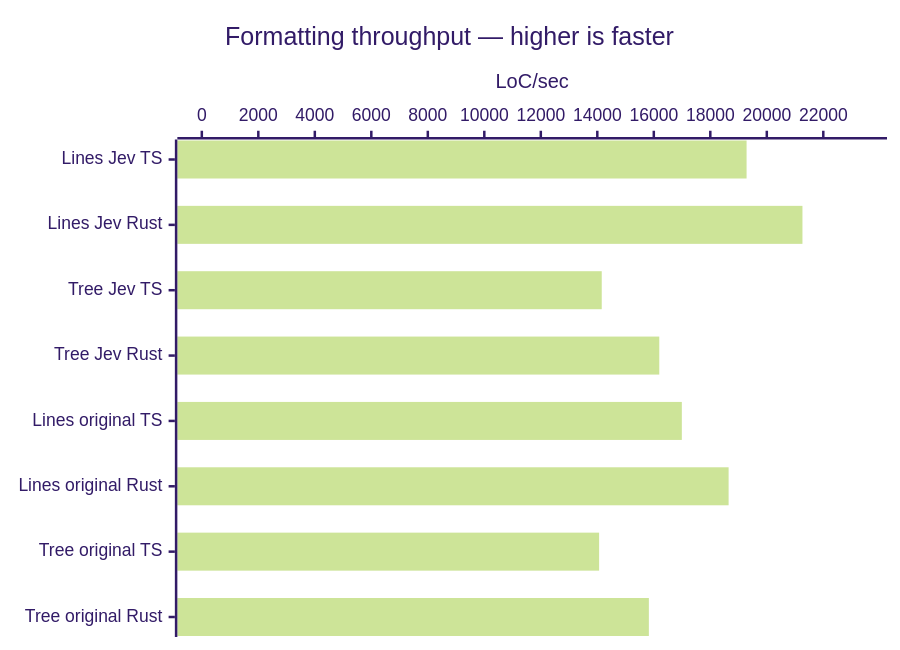
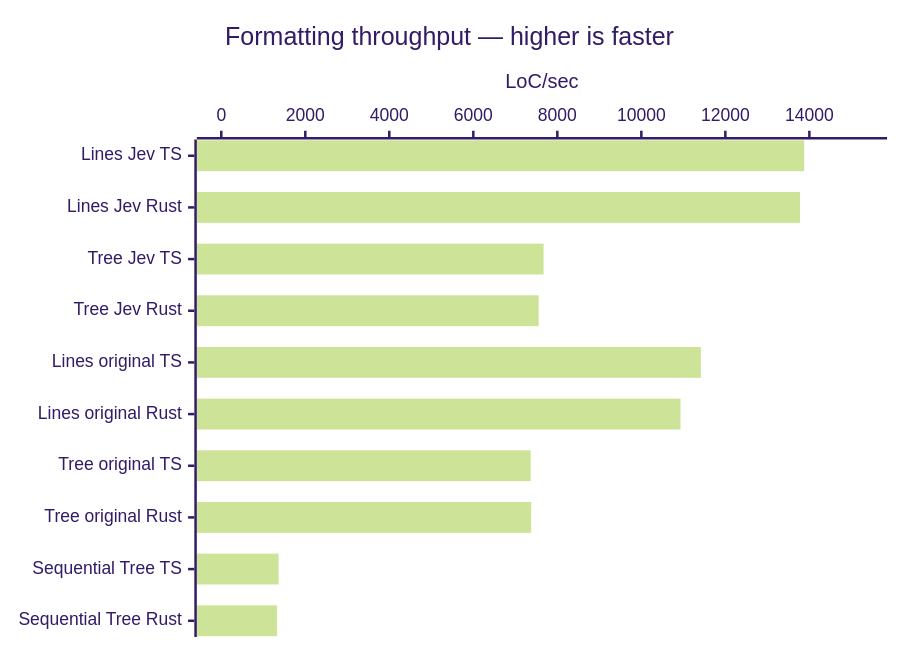
The eighth of 17 diagrams in docs/benchmark.md (kossnocorp/spacer), drawn with Mermaid (forest theme) before and after one commit. The commit also changed other lines of this file and 33 other files, not shown here.

````diff
--- a/docs/benchmark.md
+++ b/docs/benchmark.md
@@ -93,7 +133,7 @@
 ```mermaid
 xychart-beta horizontal
   title "Formatting throughput — higher is faster"
-  x-axis ["Lines Jev TS", "Lines Jev Rust", "Tree Jev TS", "Tree Jev Rust", "Lines original TS", "Lines original Rust", "Tree original TS", "Tree original Rust"]
-  y-axis "LoC/sec" 0 --> 23389
-  bar [19284, 21262, 14157, 16194, 16992, 18648, 14064, 15825]
+  x-axis ["Lines Jev TS", "Lines Jev Rust", "Tree Jev TS", "Tree Jev Rust", "Lines original TS", "Lines original Rust", "Tree original TS", "Tree original Rust", "Sequential Tree TS", "Sequential Tree Rust"]
+  y-axis "LoC/sec" 0 --> 15266
+  bar [13878, 13778, 7673, 7556, 11418, 10932, 7366, 7378, 1365, 1328]
 ```
````
